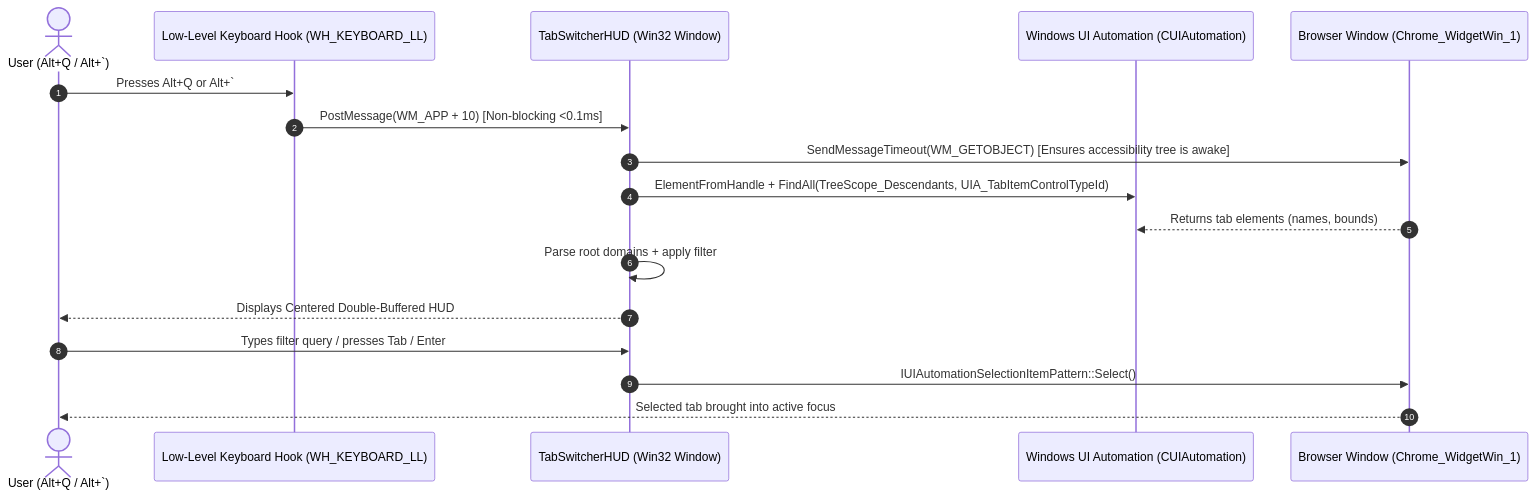
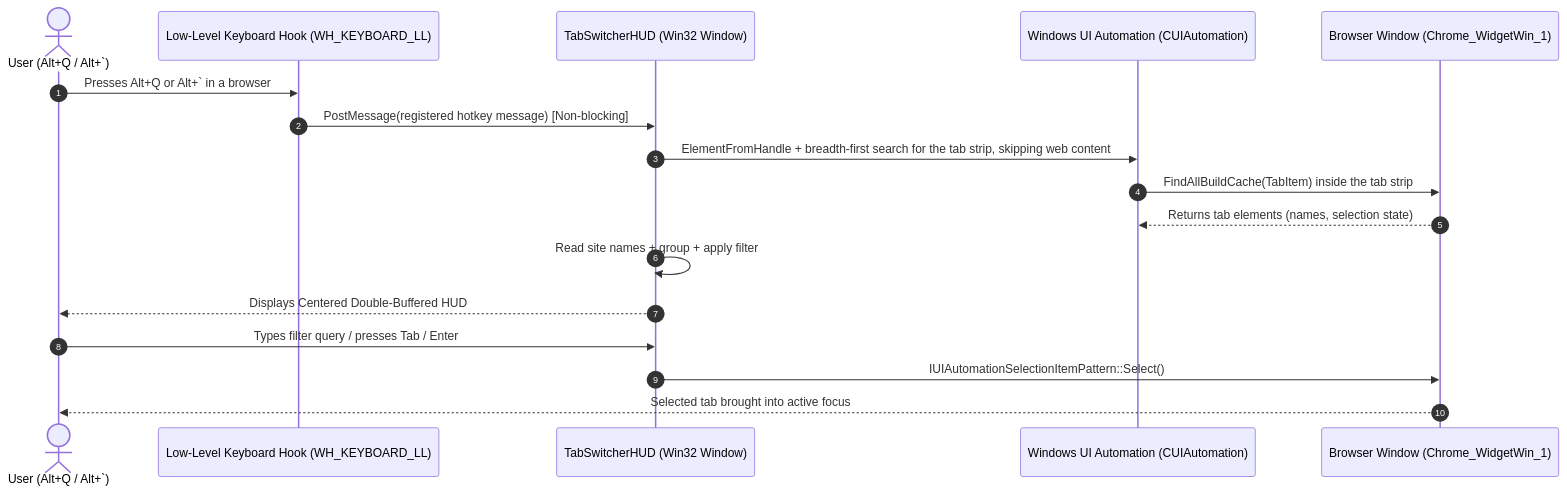
Before and after one commit to Dszae/AltTabs: the diagram in README.md, drawn with Mermaid. The commit also changed other lines of this file and 2 other files, not shown here.

First line of the commit message:
AltTabs 1.2.0: read only the native tab strip, browser-only hotkeys

````diff
--- a/README.md
+++ b/README.md
@@ -155,20 +156,20 @@
 ```mermaid
 sequenceDiagram
     autonumber
     actor User as User (Alt+Q / Alt+`)
     participant Hook as Low-Level Keyboard Hook (WH_KEYBOARD_LL)
     participant HUD as TabSwitcherHUD (Win32 Window)
     participant UIA as Windows UI Automation (CUIAutomation)
     participant Browser as Browser Window (Chrome_WidgetWin_1)
 
-    User->>Hook: Presses Alt+Q or Alt+`
-    Hook->>HUD: PostMessage(WM_APP + 10) [Non-blocking <0.1ms]
-    HUD->>Browser: SendMessageTimeout(WM_GETOBJECT) [Ensures accessibility tree is awake]
-    HUD->>UIA: ElementFromHandle + FindAll(TreeScope_Descendants, UIA_TabItemControlTypeId)
-    Browser-->>UIA: Returns tab elements (names, bounds)
-    HUD->>HUD: Parse root domains + apply filter
+    User->>Hook: Presses Alt+Q or Alt+` in a browser
+    Hook->>HUD: PostMessage(registered hotkey message) [Non-blocking]
+    HUD->>UIA: ElementFromHandle + breadth-first search for the tab strip, skipping web content
+    UIA->>Browser: FindAllBuildCache(TabItem) inside the tab strip
+    Browser-->>UIA: Returns tab elements (names, selection state)
+    HUD->>HUD: Read site names + group + apply filter
     HUD-->>User: Displays Centered Double-Buffered HUD
     User->>HUD: Types filter query / presses Tab / Enter
     HUD->>Browser: IUIAutomationSelectionItemPattern::Select()
     Browser-->>User: Selected tab brought into active focus
 ```
````
